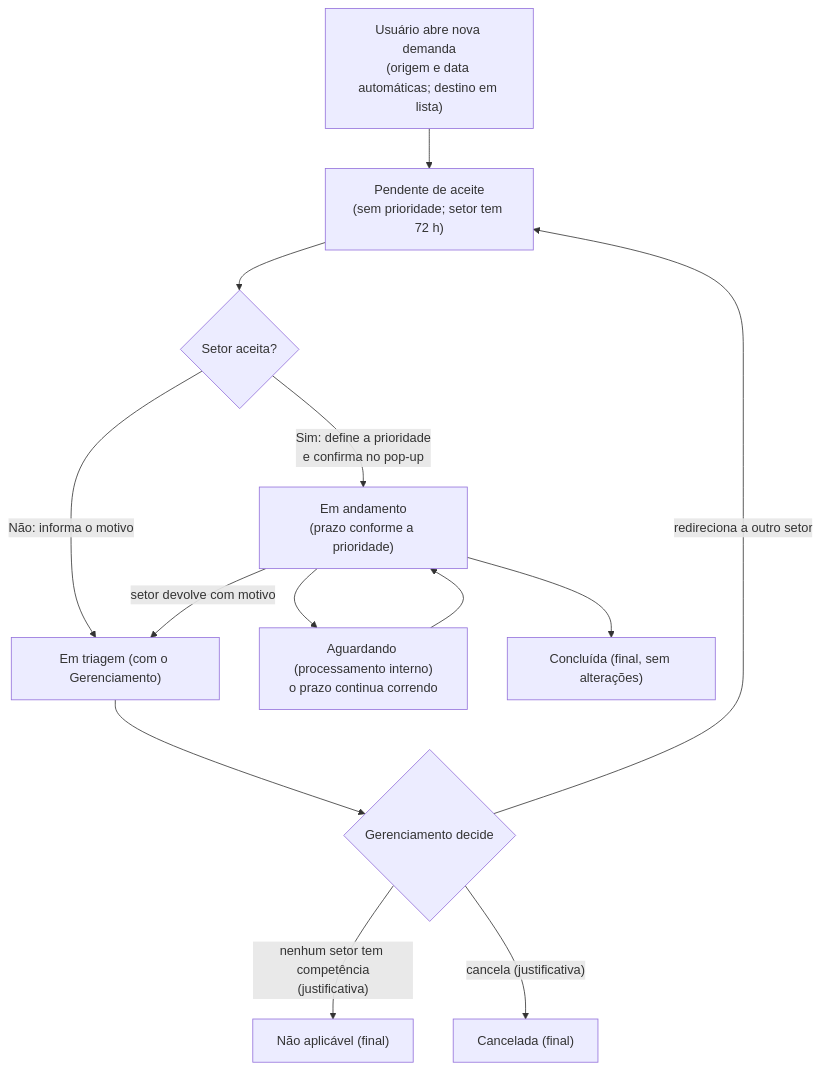
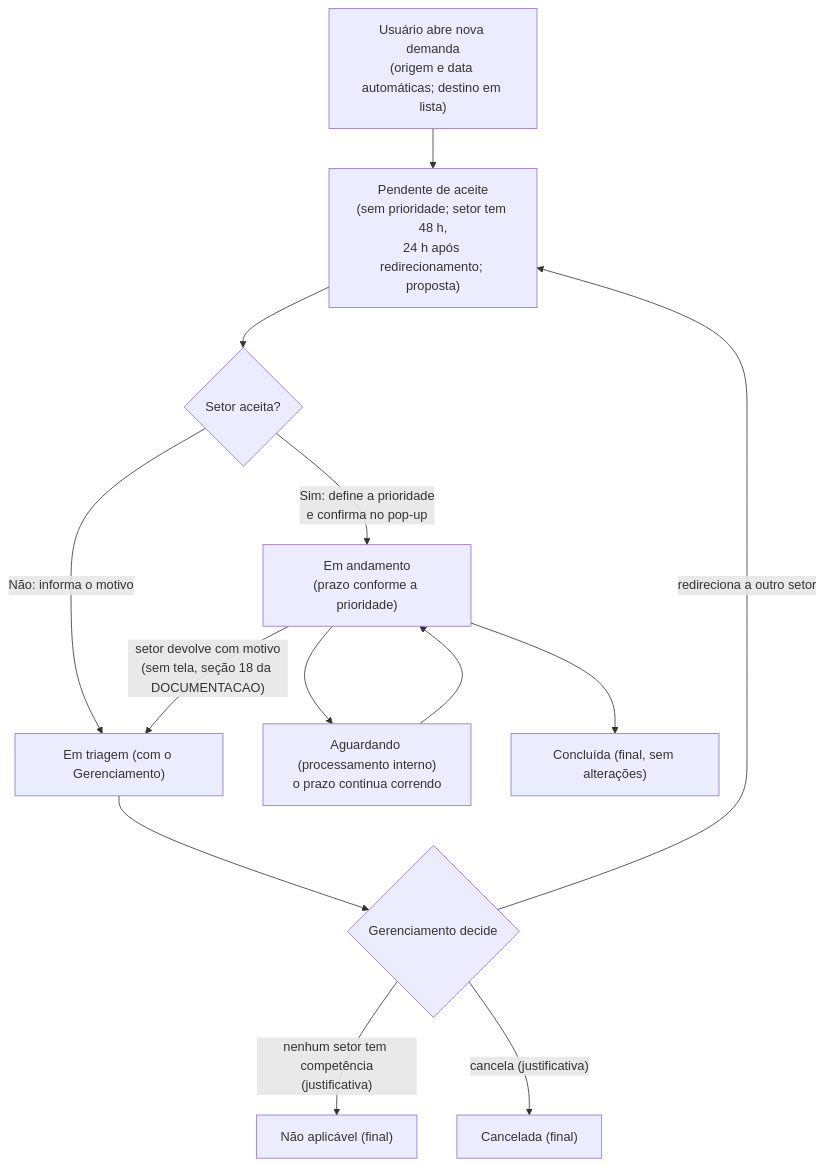
Before and after one commit to DiogoBrito777/projeto_instituto: the first of 5 diagrams in docs/FLUXOS.md, drawn with Mermaid. The commit also changed other lines of this file and 23 other files, not shown here.

````diff
--- a/docs/FLUXOS.md
+++ b/docs/FLUXOS.md
@@ -6,15 +6,15 @@
 ```mermaid
 flowchart TD
-  A["Usuário abre nova demanda<br/>(origem e data automáticas; destino em lista)"] --> P["Pendente de aceite<br/>(sem prioridade; setor tem 72 h)"]
+  A["Usuário abre nova demanda<br/>(origem e data automáticas; destino em lista)"] --> P["Pendente de aceite<br/>(sem prioridade; setor tem 48 h,<br/>24 h após redirecionamento; proposta)"]
   P --> Q{"Setor aceita?"}
   Q -- "Sim: define a prioridade<br/>e confirma no pop-up" --> E["Em andamento<br/>(prazo conforme a prioridade)"]
   Q -- "Não: informa o motivo" --> T["Em triagem (com o Gerenciamento)"]
   E --> G["Aguardando (processamento interno)<br/>o prazo continua correndo"]
   G --> E
   E --> D["Concluída (final, sem alterações)"]
-  E -- "setor devolve com motivo" --> T
+  E -- "setor devolve com motivo<br/>(sem tela, seção 18 da DOCUMENTACAO)" --> T
   T --> R{"Gerenciamento decide"}
   R -- "redireciona a outro setor" --> P
   R -- "nenhum setor tem competência<br/>(justificativa)" --> N["Não aplicável (final)"]
   R -- "cancela (justificativa)" --> C["Cancelada (final)"]
 ```
````
